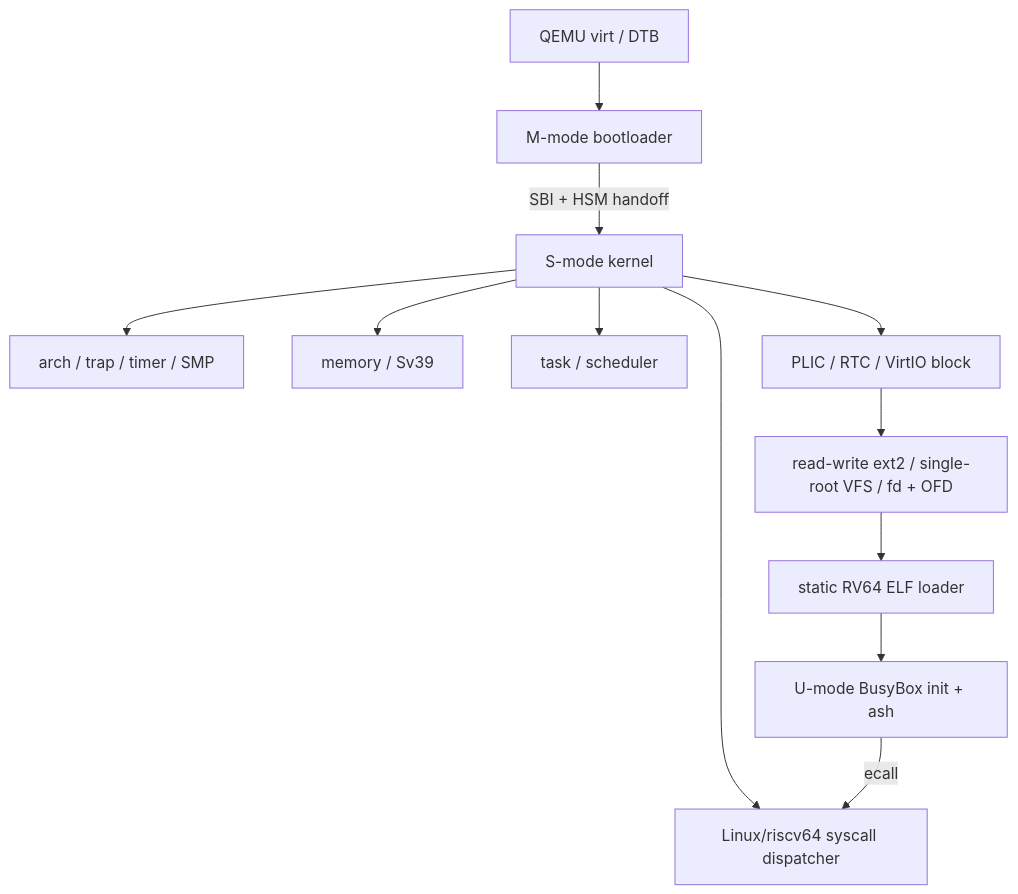
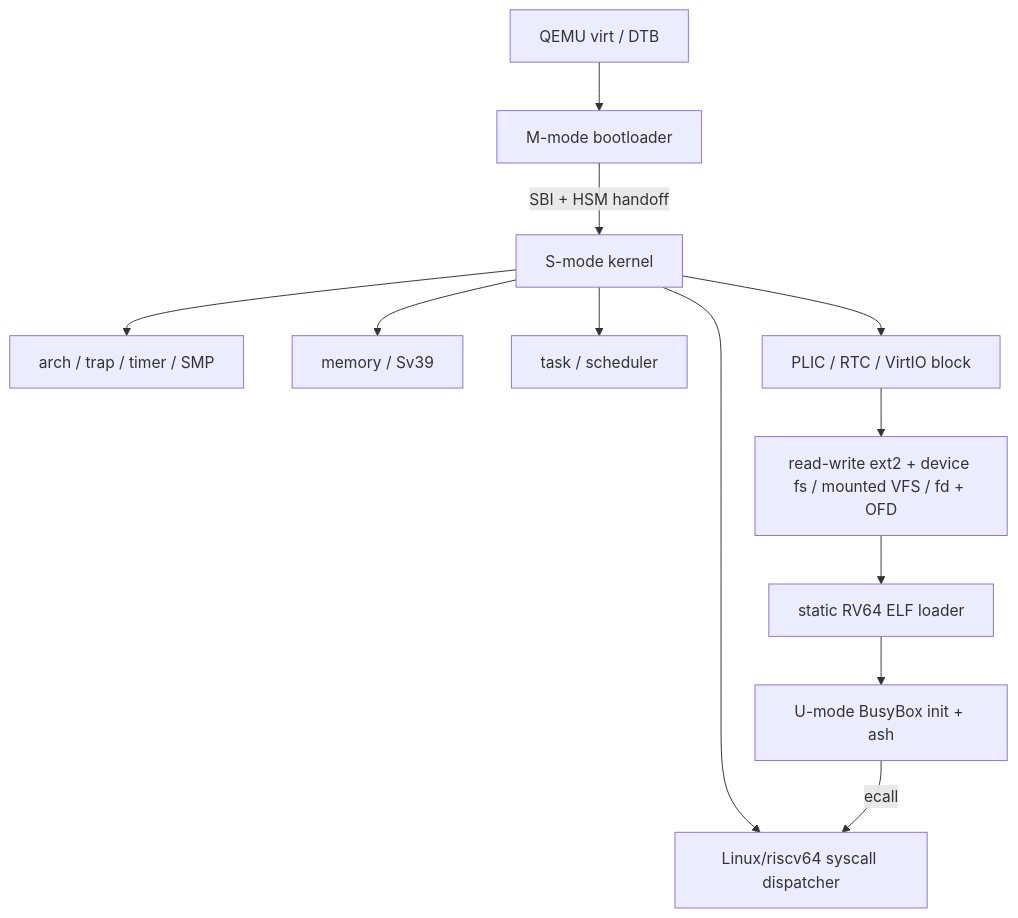
One commit to gitwillsky/lite_os changed the diagram in docs/architecture.md. Above: the diagram before and after it, drawn with Mermaid. The commit also changed other lines of this file and 21 other files, not shown here.

````diff
--- a/docs/architecture.md
+++ b/docs/architecture.md
@@ -20,14 +20,14 @@
 ```mermaid
 flowchart TD
     Q["QEMU virt / DTB"] --> B["M-mode bootloader"]
     B -->|"SBI + HSM handoff"| K["S-mode kernel"]
     K --> A["arch / trap / timer / SMP"]
     K --> M["memory / Sv39"]
     K --> T["task / scheduler"]
     K --> D["PLIC / RTC / VirtIO block"]
-    D --> F["read-write ext2 / single-root VFS / fd + OFD"]
+    D --> F["read-write ext2 + device fs / mounted VFS / fd + OFD"]
     K --> S["Linux/riscv64 syscall dispatcher"]
     F --> E["static RV64 ELF loader"]
     E --> U["U-mode BusyBox init + ash"]
     U -->|"ecall"| S
 ```
````
